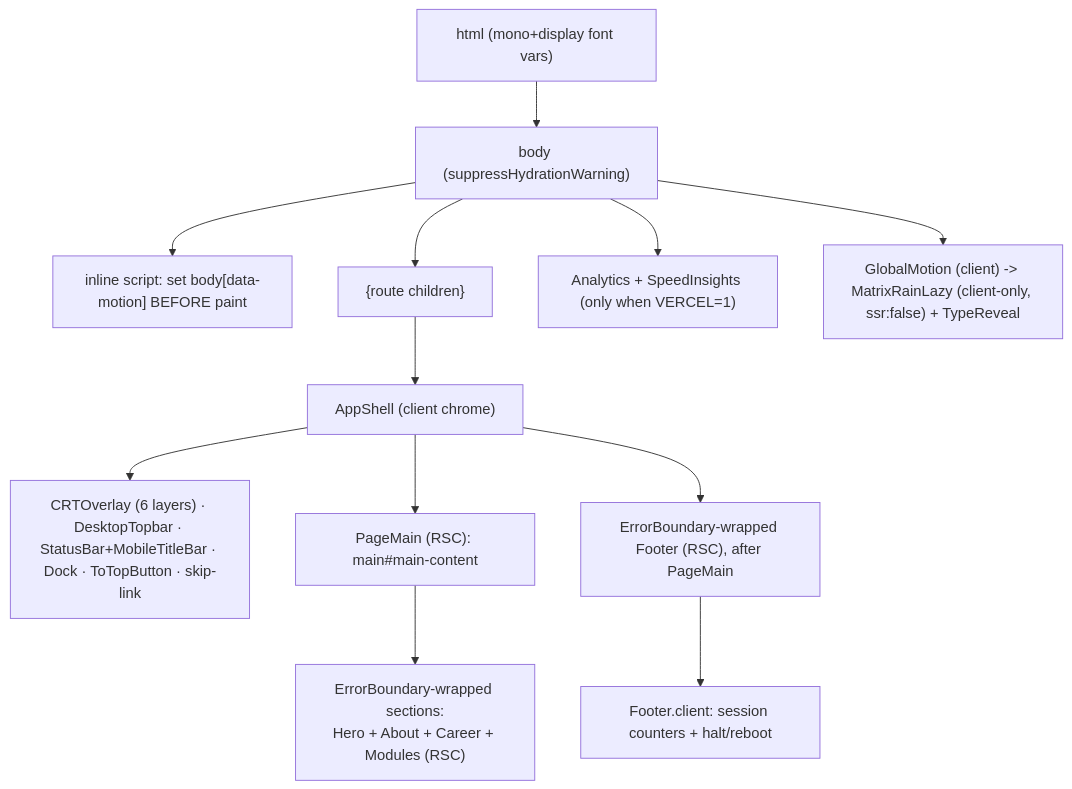
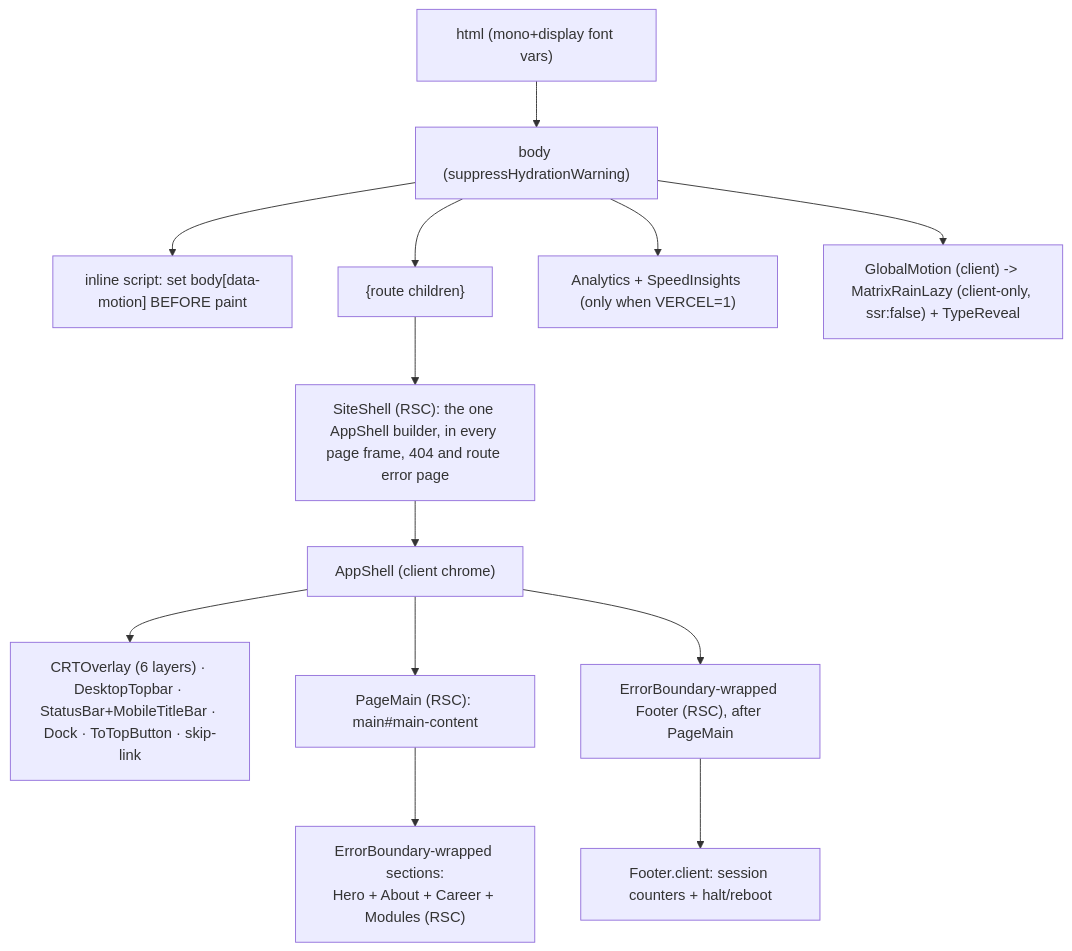
One commit to erikunha/portfolio changed the second of 6 diagrams in docs/03-rendering-and-data-flow.md. Above: the diagram before and after it, drawn with Mermaid. The commit also changed 35 other files, not shown here.

````diff
--- a/docs/03-rendering-and-data-flow.md
+++ b/docs/03-rendering-and-data-flow.md
@@ -63,14 +63,15 @@
 ```mermaid
 flowchart TD
     html["html (mono+display font vars)"] --> body["body (suppressHydrationWarning)"]
     body --> boot["inline script: set body[data-motion] BEFORE paint"]
     body --> children["{route children}"]
     body --> rum["Analytics + SpeedInsights (only when VERCEL=1)"]
     body --> gm["GlobalMotion (client) -> MatrixRainLazy (client-only, ssr:false) + TypeReveal"]
-    children --> appshell["AppShell (client chrome)"]
+    children --> siteshell["SiteShell (RSC): the one AppShell builder, in every page frame, 404 and route error page"]
+    siteshell --> appshell["AppShell (client chrome)"]
     appshell --> chrome["CRTOverlay (6 layers) · DesktopTopbar · StatusBar+MobileTitleBar · Dock · ToTopButton · skip-link"]
     appshell --> main["PageMain (RSC): main#main-content"]
     main --> secs["ErrorBoundary-wrapped sections:<br/>Hero + About + Career + Modules (RSC)"]
     appshell --> footer["ErrorBoundary-wrapped Footer (RSC), after PageMain"]
     footer --> footerIslands["Footer.client: session counters + halt/reboot"]
 ```
````
